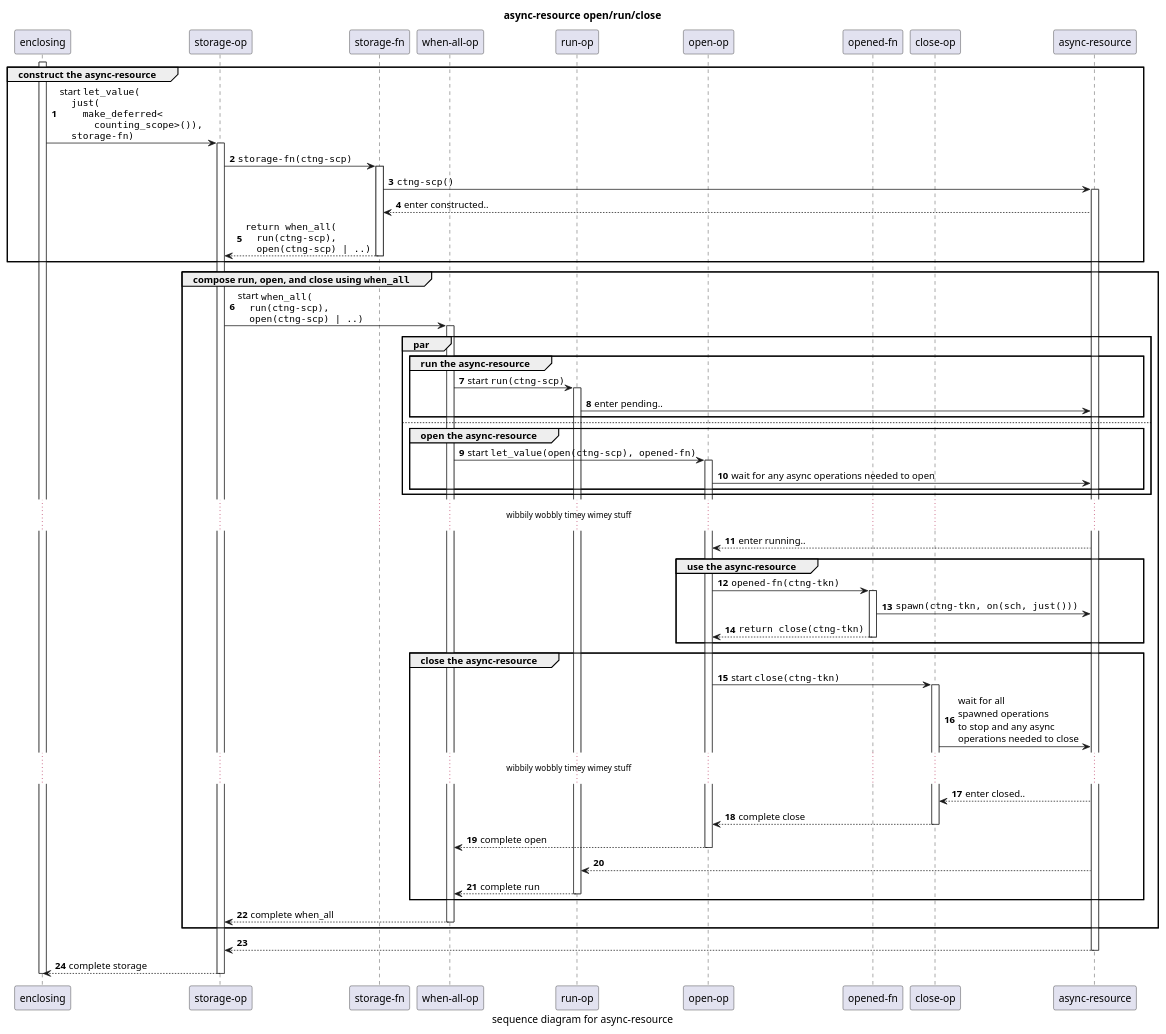
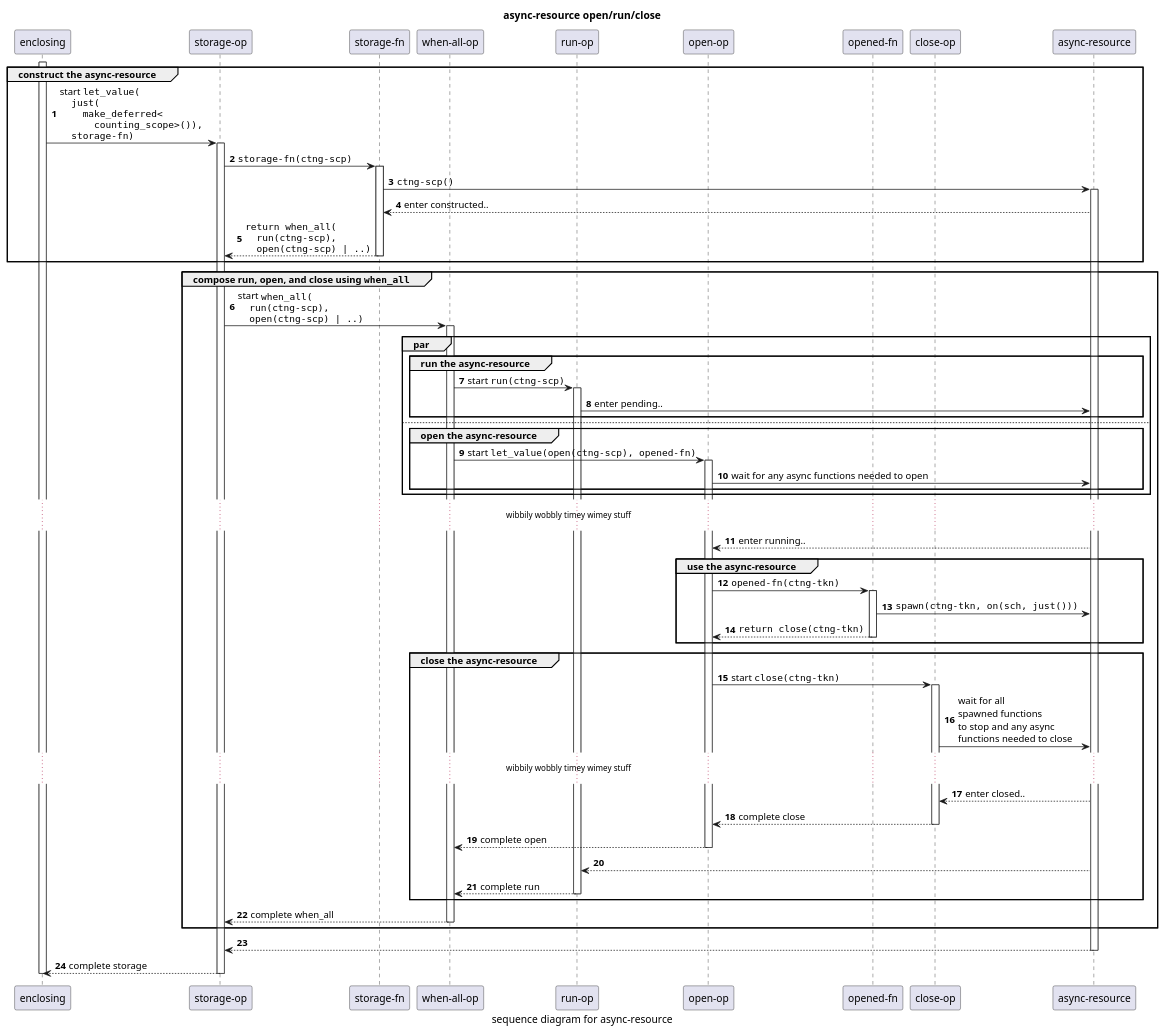
Before and after one commit to kirkshoop/async_scope: the third of 6 diagrams in async-resource.md, drawn with PlantUML. The commit also changed other lines of this file, not shown here.

````diff
--- a/async-resource.md
+++ b/async-resource.md
@@ -712,57 +854,57 @@
 ```plantuml
 title "async-resource open/run/close"
 caption "sequence diagram for async-resource"
 autonumber
 participant "enclosing" as enc
 participant "storage-op" as strg
 participant "storage-fn" as sfn
 participant "when-all-op" as all
 participant "run-op" as run
 participant "open-op" as open
 participant "opened-fn" as ofn
 participant "close-op" as close
 participant "async-resource" as ar
 activate enc
 group construct the async-resource
 enc -> strg ++ : start ""let_value(""\n""  just(""\n""    make_deferred<""\n""      counting_scope>()), ""\n""  storage-fn)""
 strg -> sfn ++ : ""storage-fn(ctng-scp)""
 sfn -> ar ++ : ""ctng-scp()""
 ar --> sfn : enter constructed..
 sfn --> strg -- : ""return when_all(""\n""  run(ctng-scp), ""\n""  open(ctng-scp) | ..)""
 end
 group compose run, open, and close using ""when_all""
 strg -> all ++ : start ""when_all(""\n""  run(ctng-scp), ""\n""  open(ctng-scp) | ..)""
 par
 group run the async-resource
 all -> run ++ : start ""run(ctng-scp)""
 run -> ar : enter pending..
 end
 else
 group open the async-resource
 all -> open ++ : start ""let_value(open(ctng-scp), opened-fn)""
-open -> ar : wait for any async operations needed to open
+open -> ar : wait for any async functions needed to open
 end
 end
 ... wibbily wobbly timey wimey stuff ...
 ar --> open : enter running..
 group use the async-resource
 open -> ofn ++ : ""opened-fn(ctng-tkn)""
 ofn -> ar : ""spawn(ctng-tkn, on(sch, just()))""
 ofn --> open -- : ""return close(ctng-tkn)""
 end
 group close the async-resource
 open -> close ++ : start ""close(ctng-tkn)""
-close -> ar : wait for all \nspawned operations \nto stop and any async \noperations needed to close
+close -> ar : wait for all \nspawned functions \nto stop and any async \nfunctions needed to close
 ... wibbily wobbly timey wimey stuff ...
 ar --> close : enter closed..
 close --> open -- : complete close
 open --> all -- : complete open
 ar --> run : 
 run --> all -- : complete run
 end
 all --> strg -- : complete when_all
 end
 ar --> strg -- : 
 strg --> enc -- : complete storage
 deactivate enc
 ```
````
